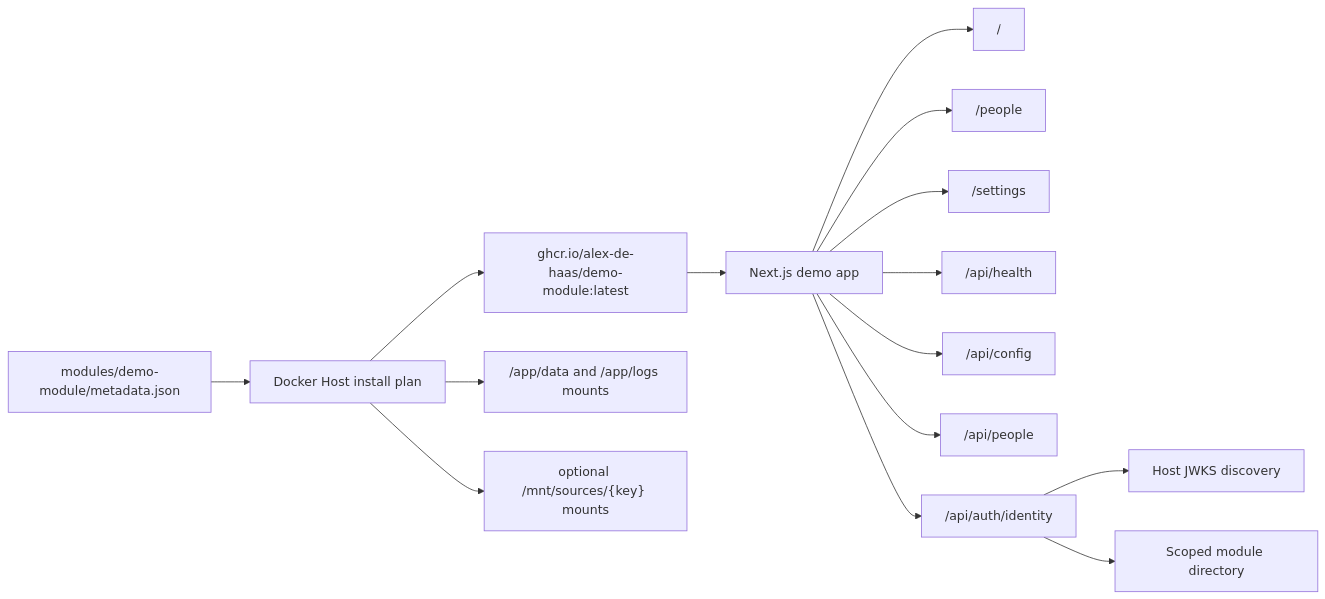
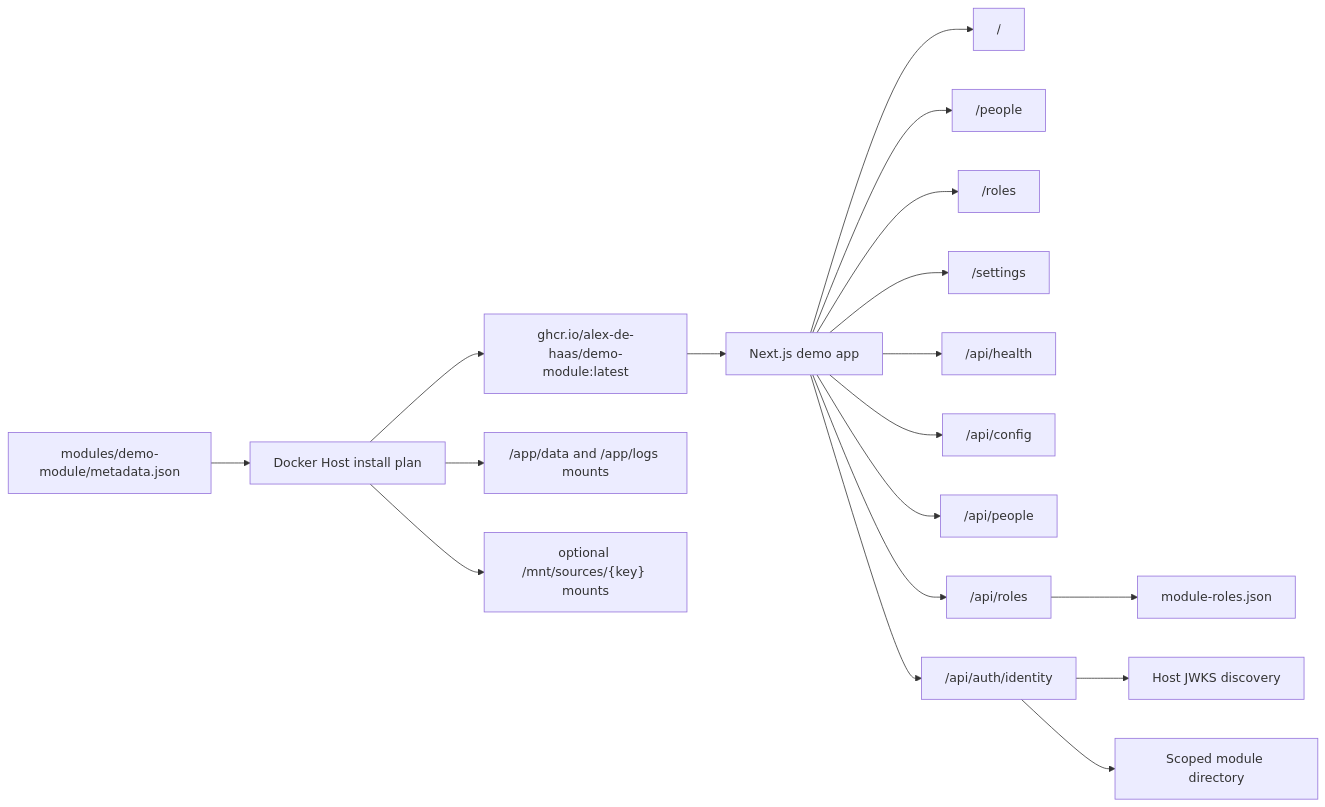
The diagram in docs/features/demo-module.md (alex-de-haas/docker-host), drawn with Mermaid before and after one commit. The commit also changed other lines of this file and 16 other files, not shown here.

````diff
--- a/docs/features/demo-module.md
+++ b/docs/features/demo-module.md
@@ -9,17 +9,20 @@
 ```mermaid
 flowchart LR
   A["modules/demo-module/metadata.json"] --> B["Docker Host install plan"]
   B --> C["ghcr.io/alex-de-haas/demo-module:latest"]
   C --> D["Next.js demo app"]
   D --> M["/"]
   D --> N["/people"]
+  D --> R["/roles"]
   D --> O["/settings"]
   D --> E["/api/health"]
   D --> F["/api/config"]
   D --> G["/api/people"]
+  D --> P["/api/roles"]
   D --> J["/api/auth/identity"]
   J --> K["Host JWKS discovery"]
   J --> L["Scoped module directory"]
+  P --> Q["module-roles.json"]
   B --> H["/app/data and /app/logs mounts"]
   B --> I["optional /mnt/sources/{key} mounts"]
 ```
````
